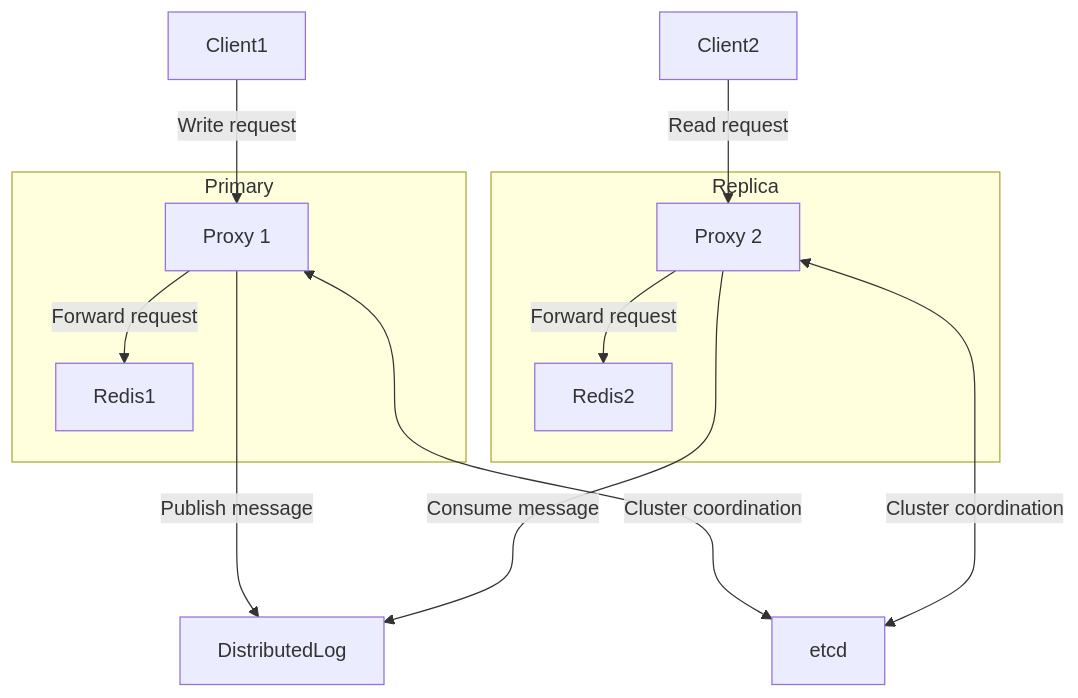
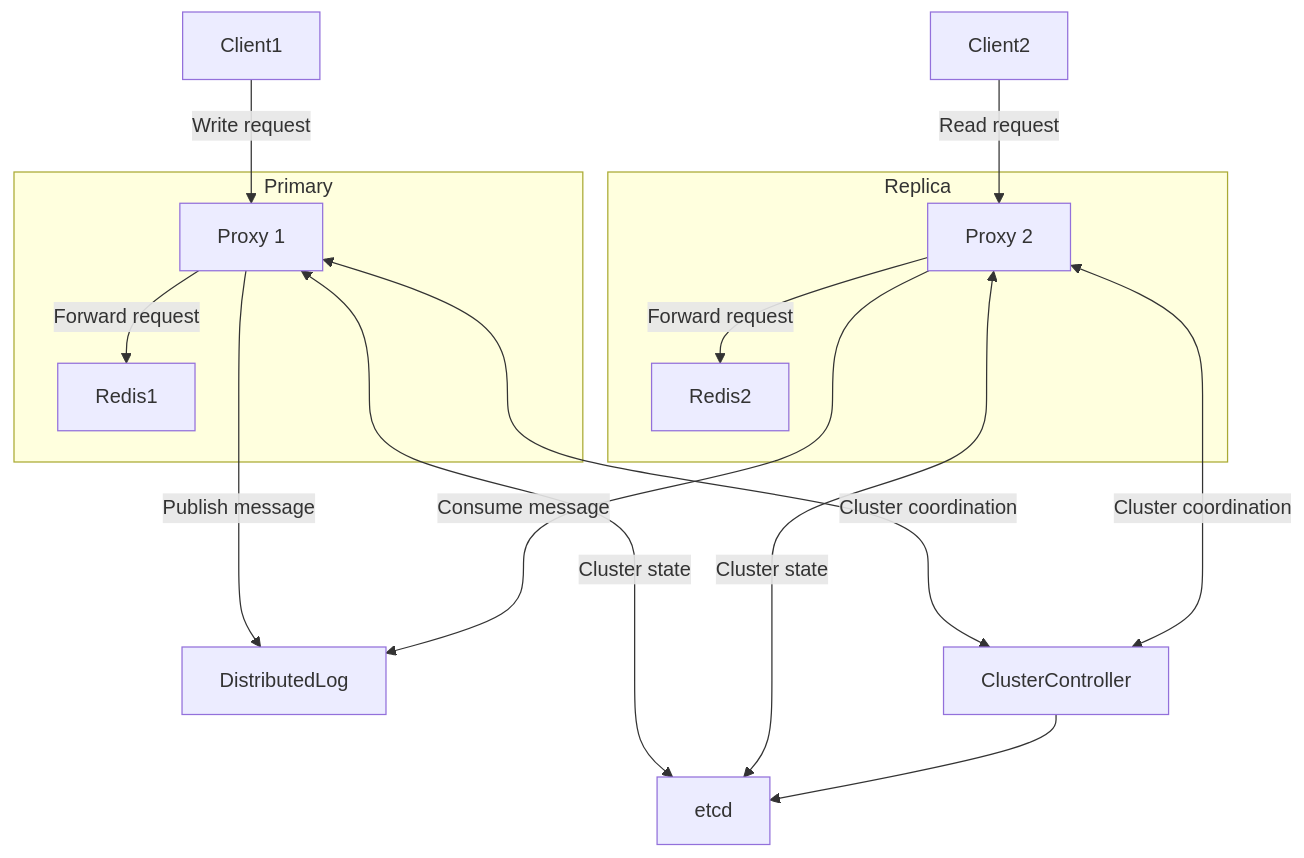
The diagram in README.md (sdil/durable-redis), drawn with Mermaid before and after one commit. The commit also changed other lines of this file, not shown here.

Commit message:
update architecture diagram

````diff
--- a/README.md
+++ b/README.md
@@ -3,18 +3,21 @@
 ```mermaid
 flowchart
 subgraph Primary
     Proxy1[Proxy 1]--Forward request-->Redis1
     end
 
 subgraph Replica
     Proxy2[Proxy 2]--Forward request-->Redis2
     end
 
 
-Client1 --Write request--> Proxy1
-Client2 --Read request--> Proxy2
+Client1--Write request--> Proxy1
+Client2--Read request--> Proxy2
 Proxy1--Publish message---->DistributedLog
 Proxy2--Consume message---->DistributedLog
-Proxy1<--Cluster coordination---->etcd
-Proxy2<--Cluster coordination---->etcd
+Proxy1<--Cluster state---->etcd
+Proxy2<--Cluster state---->etcd
+Proxy1<--Cluster coordination---->ClusterController
+Proxy2<--Cluster coordination---->ClusterController
+ClusterController-->etcd
 ```
````
